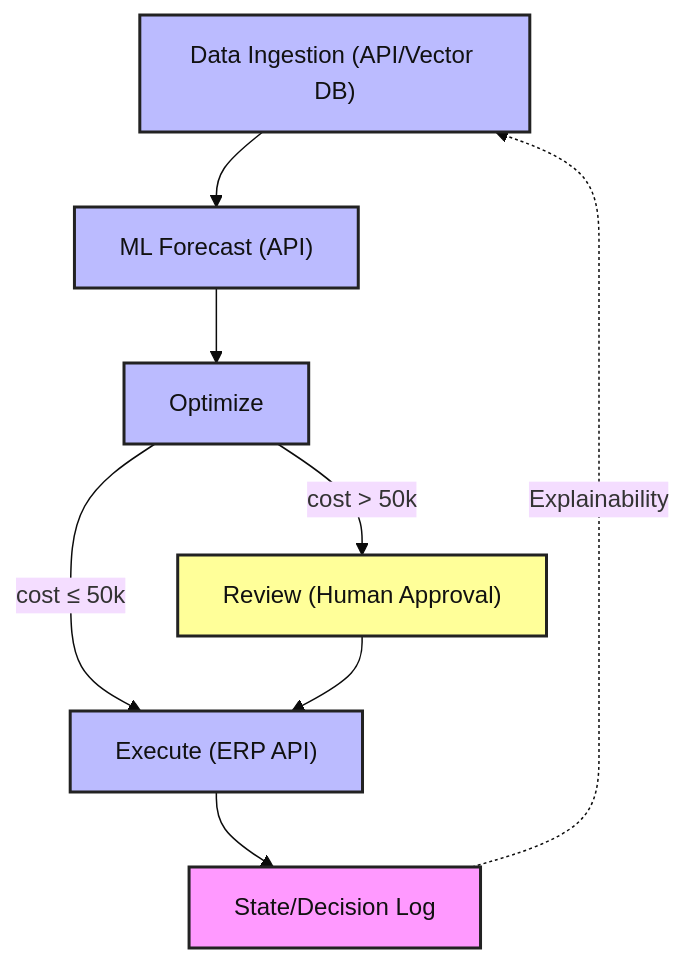
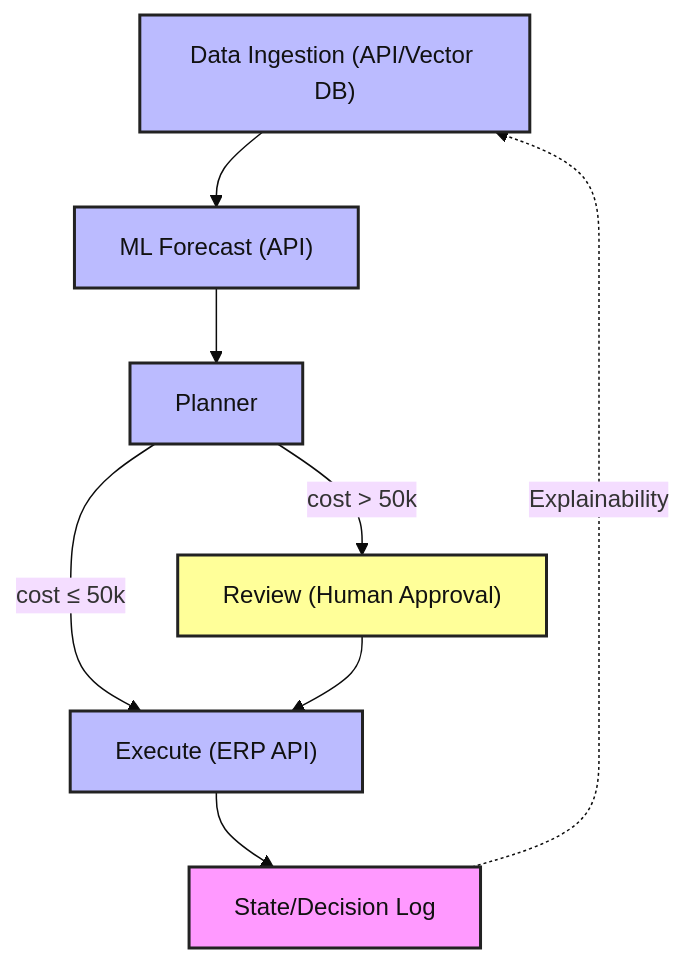
The diagram in README.md (AgnesYYQ/supply-chain-reorder), drawn with Mermaid (base theme) before and after one commit. The commit also changed other lines of this file and 1 other file, not shown here.

Commit message:
rename agents

````diff
--- a/README.md
+++ b/README.md
@@ -39,16 +39,16 @@
 ```mermaid
 flowchart TD
 	A["Data Ingestion (API/Vector DB)"] --> B["ML Forecast (API)"]
-	B --> C["Optimize"]
+	B --> C["Planner"]
 	C -->|cost > 50k| D["Review (Human Approval)"]
 	C -->|cost ≤ 50k| E["Execute (ERP API)"]
 	D --> E
 	E --> F["State/Decision Log"]
 	F -.->|Explainability| A
 	style F fill:#f9f,stroke:#222,stroke-width:2px,color:#111
 	style D fill:#ff9,stroke:#222,stroke-width:2px,color:#111
 	style A fill:#bbf,stroke:#222,stroke-width:2px,color:#111
 	style B fill:#bbf,stroke:#222,stroke-width:2px,color:#111
 	style C fill:#bbf,stroke:#222,stroke-width:2px,color:#111
 	style E fill:#bbf,stroke:#222,stroke-width:2px,color:#111
 ```
````
